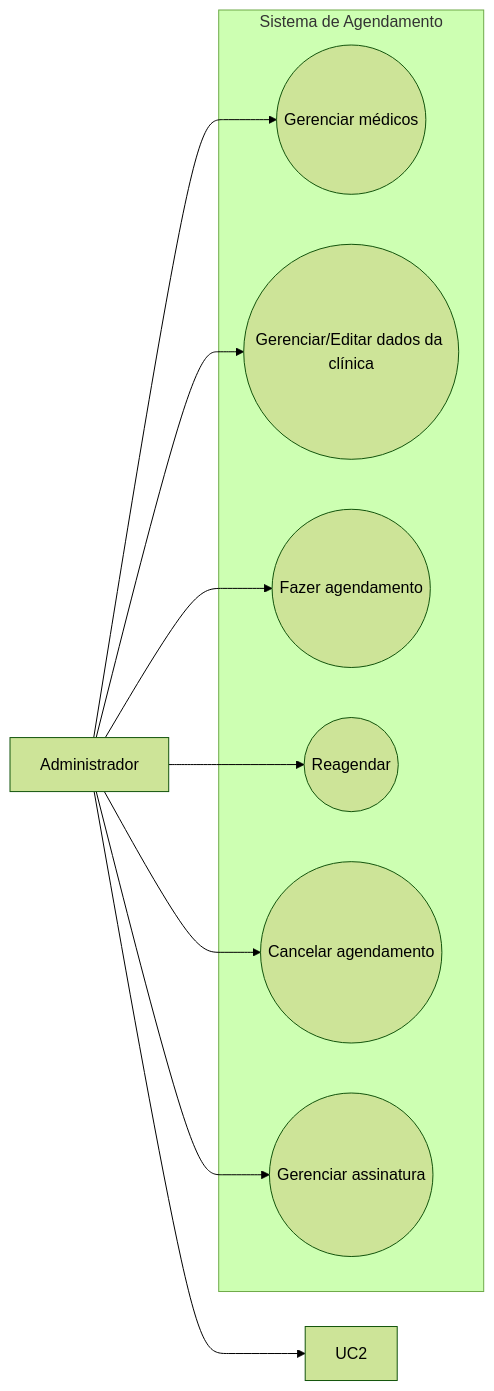
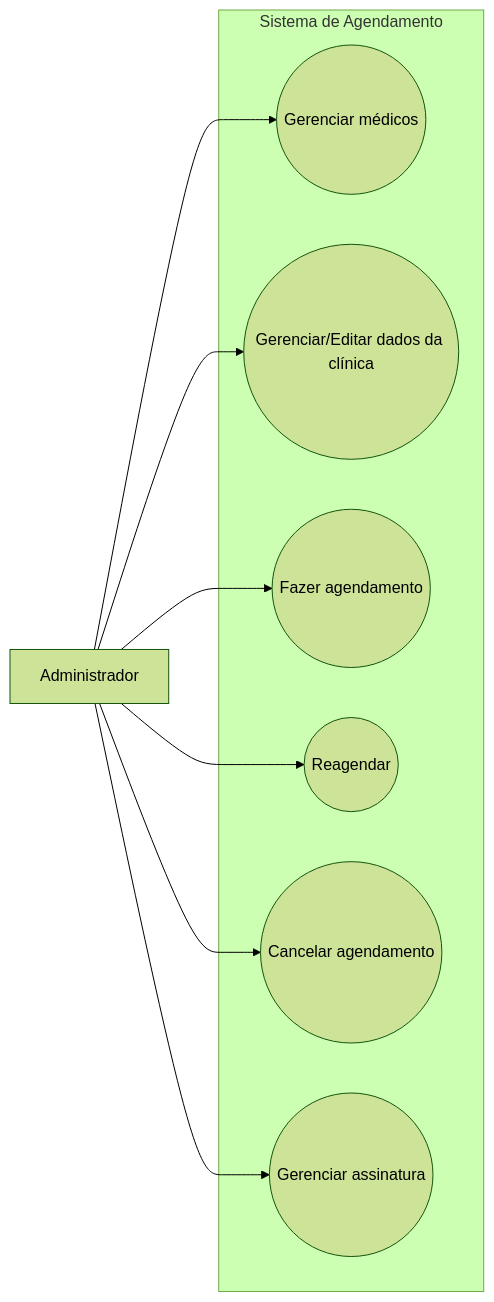
One commit to InsaneCaio/eng-soft-2026-1 changed the diagram in docs/casos de uso/administrador.md. Above: the diagram before and after it, drawn with Mermaid (forest theme).

````diff
--- a/docs/casos de uso/administrador.md
+++ b/docs/casos de uso/administrador.md
@@ -14,22 +14,21 @@
 ```mermaid
 flowchart LR
     A[Administrador]
 
     subgraph Sistema de Agendamento
         UC1((Gerenciar médicos))
-        UC3((Gerenciar/Editar dados da clínica))
-        UC4((Fazer agendamento))
-        UC5((Reagendar))
-        UC6((Cancelar agendamento))
-        UC7((Gerenciar assinatura))
+        UC2((Gerenciar/Editar dados da clínica))
+        UC3((Fazer agendamento))
+        UC4((Reagendar))
+        UC5((Cancelar agendamento))
+        UC6((Gerenciar assinatura))
     end
 
     A --> UC1
     A --> UC2
     A --> UC3
     A --> UC4
     A --> UC5
     A --> UC6
-    A --> UC7
 
 ```
````
